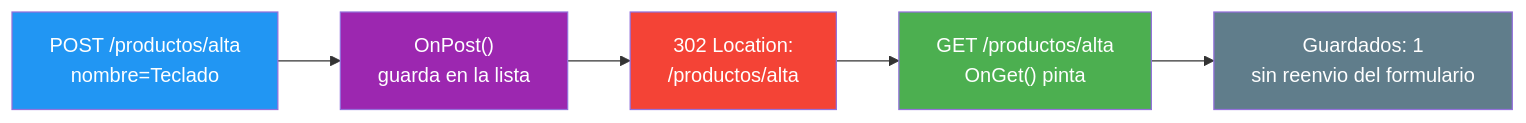
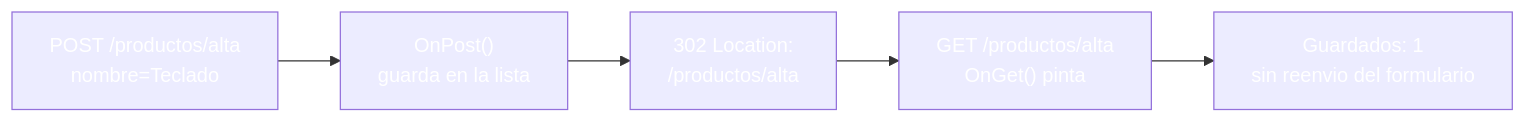
Before and after one commit to joseluisgs/DesarrolloWebEntornosServidor-03-2026-2027: the third of 4 diagrams in 11-razorpages-pagemodel-handlers.md, drawn with Mermaid. The commit also changed other lines of this file and 30 other files, not shown here.

````diff
--- a/11-razorpages-pagemodel-handlers.md
+++ b/11-razorpages-pagemodel-handlers.md
@@ -217,12 +217,12 @@
 ```mermaid
 graph LR
     A["POST /productos/alta<br/>nombre=Teclado"] --> B["OnPost()<br/>guarda en la lista"]
     B --> C["302 Location:<br/>/productos/alta"]
     C --> D["GET /productos/alta<br/>OnGet() pinta"]
     D --> E["Guardados: 1<br/>sin reenvio del formulario"]
-    style A fill:#2196F3,color:#fff
-    style B fill:#9C27B0,color:#fff
-    style C fill:#f44336,color:#fff
-    style D fill:#4CAF50,color:#fff
-    style E fill:#607D8B,color:#fff
+    style A fill:#2196F,color:#fff3,color:#fff
+    style B fill:#9C27B,color:#fff0,color:#fff
+    style C fill:#f4433,color:#fff6,color:#fff
+    style D fill:#4CAF5,color:#fff0,color:#fff
+    style E fill:#607D8,color:#fffB,color:#fff
 ```
````
